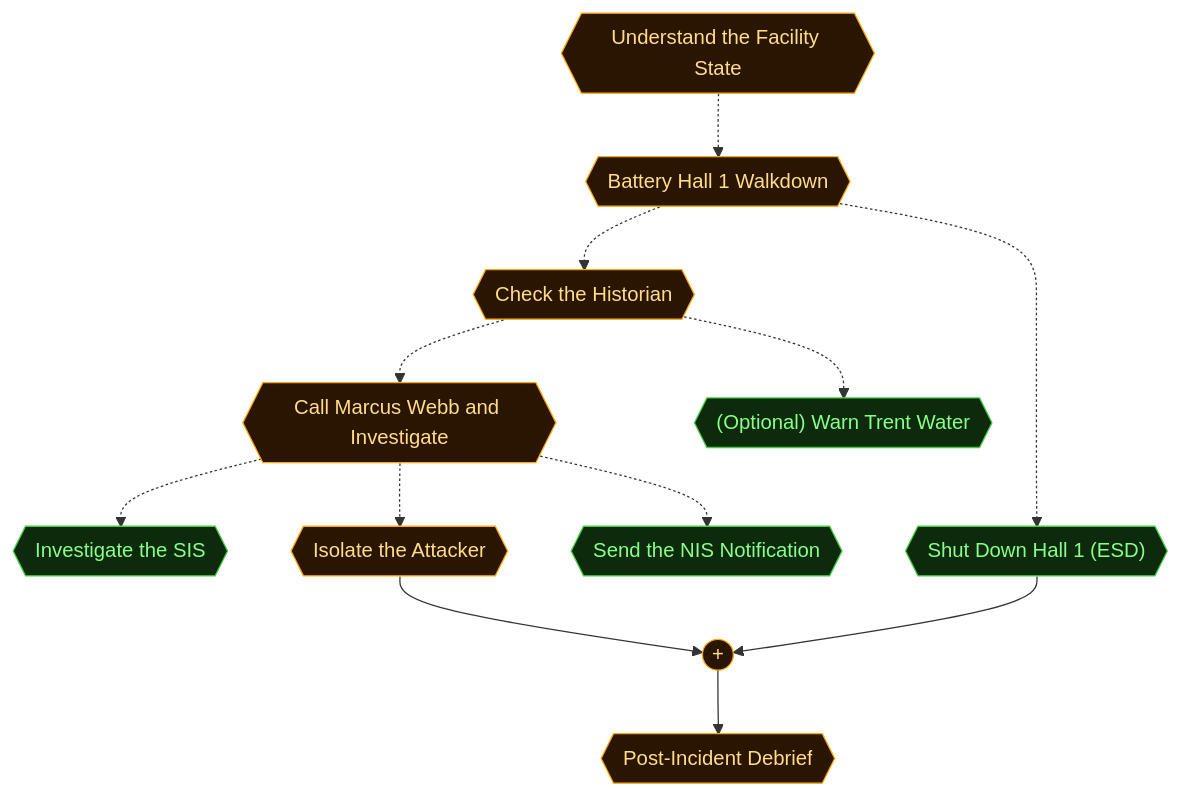
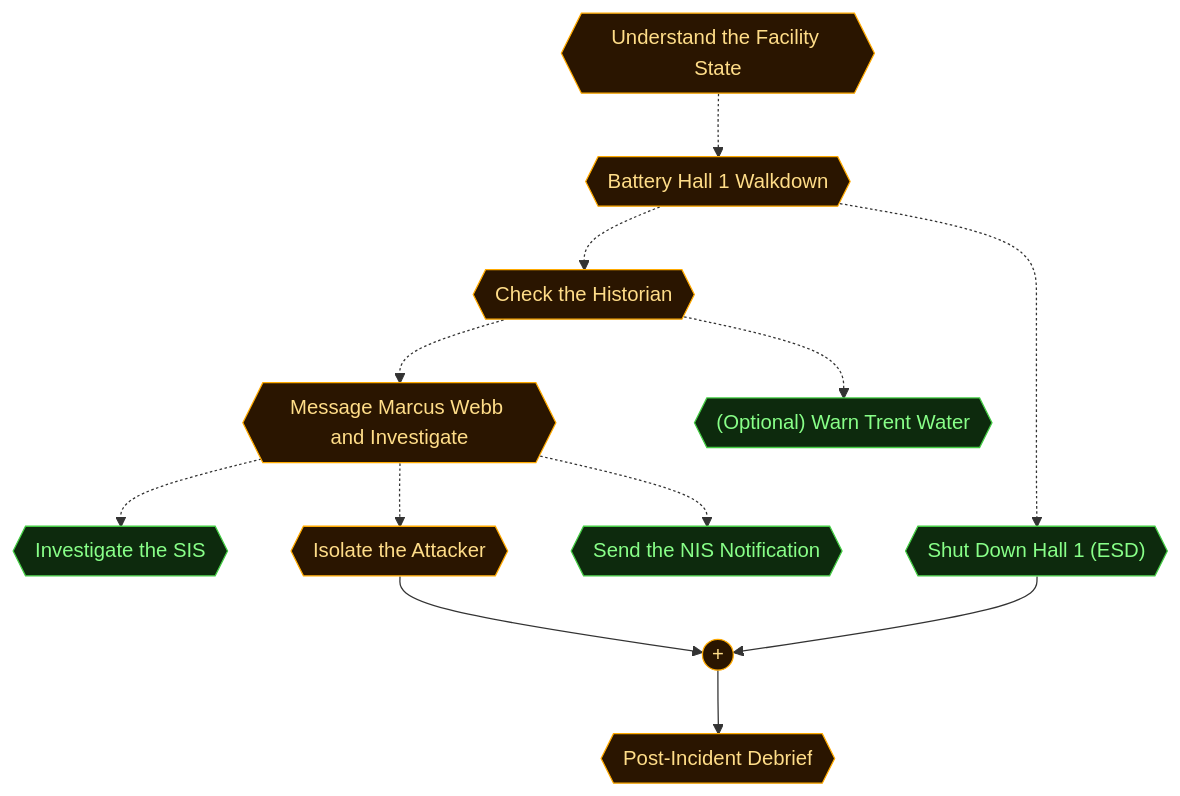
Before and after one commit to cliffe/BreakEscape: the second of 5 diagrams in scenarios/sis02_energy/dungeon_graph.md, drawn with Mermaid. The commit also changed other lines of this file and 1 other file, not shown here.

Commit message:
sis02: refresh dungeon graph after the npcThoughts flag

````diff
--- a/scenarios/sis02_energy/dungeon_graph.md
+++ b/scenarios/sis02_energy/dungeon_graph.md
@@ -166,45 +166,45 @@
 ```mermaid
 flowchart TD
 
   classDef room      fill:#0f2d2d,stroke:#22ddcc,color:#a0ffee
   classDef lock      fill:#2d0f0f,stroke:#e66060,color:#ffa0a0
   classDef key       fill:#2d0812,stroke:#e66060,color:#ffa0a0
   classDef item      fill:#2d1200,stroke:#e89030,color:#ffcc80
   classDef gate      fill:#111,stroke:#666,color:#eee
   classDef vm        fill:#0c1f40,stroke:#4a90d9,color:#a0c8ff
   classDef flag      fill:#1a0c2d,stroke:#9060d0,color:#cc99ff
   classDef action    fill:#1a1200,stroke:#cc9922,color:#ffee88
   classDef aim       fill:#0d2a0d,stroke:#44cc44,color:#88ff88
   classDef aim_gate  fill:#111111,stroke:#44cc44,color:#44cc44
   classDef container fill:#1a2d1a,stroke:#60b060,color:#a0e0a0
   classDef npc       fill:#2d1f0d,stroke:#d0a050,color:#ffe0a0
   classDef critical  fill:#2a1500,stroke:#ffaa00,color:#ffdd88
   classDef start     fill:#003322,stroke:#00ffaa,color:#00ffaa
 
   aim_assess_control_room{{"Understand the Facility State"}}
   aim_conduct_walkdown{{"Battery Hall 1 Walkdown"}}
   aim_verify_anomaly{{"Check the Historian"}}
-  aim_contact_marcus_investigate{{"Call Marcus Webb and Investigate"}}
+  aim_contact_marcus_investigate{{"Message Marcus Webb and Investigate"}}
   aim_investigate_sis{{"Investigate the SIS"}}
   aim_initiate_esd{{"Shut Down Hall 1 (ESD)"}}
   aim_isolate_network{{"Isolate the Attacker"}}
   aim_nis_notification{{"Send the NIS Notification"}}
   aim_trent_water_notification{{"(Optional) Warn Trent Water"}}
   aim_post_incident_debrief{{"Post-Incident Debrief"}}
   aim_andgate_post_incident_debrief((" + "))
 
   aim_assess_control_room -.-> aim_conduct_walkdown
   aim_conduct_walkdown -.-> aim_verify_anomaly
   aim_verify_anomaly -.-> aim_contact_marcus_investigate
   aim_contact_marcus_investigate -.-> aim_investigate_sis
   aim_conduct_walkdown -.-> aim_initiate_esd
   aim_contact_marcus_investigate -.-> aim_isolate_network
   aim_contact_marcus_investigate -.-> aim_nis_notification
   aim_verify_anomaly -.-> aim_trent_water_notification
   aim_initiate_esd --> aim_andgate_post_incident_debrief
   aim_isolate_network --> aim_andgate_post_incident_debrief
   aim_andgate_post_incident_debrief --> aim_post_incident_debrief
 
   class aim_assess_control_room,aim_conduct_walkdown,aim_verify_anomaly,aim_contact_marcus_investigate,aim_isolate_network,aim_post_incident_debrief,aim_andgate_post_incident_debrief critical
   class aim_investigate_sis,aim_initiate_esd,aim_nis_notification,aim_trent_water_notification aim
 ```
````
